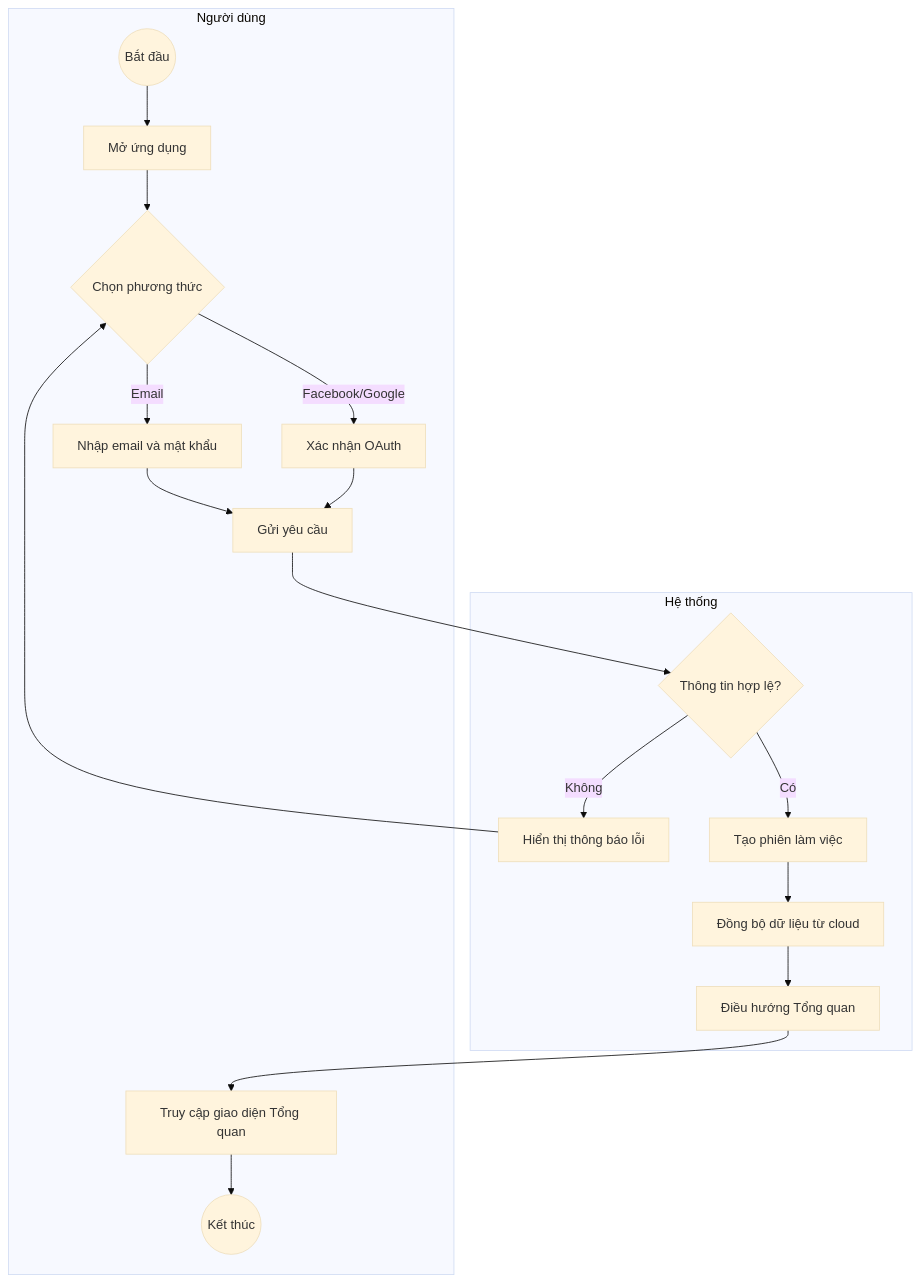
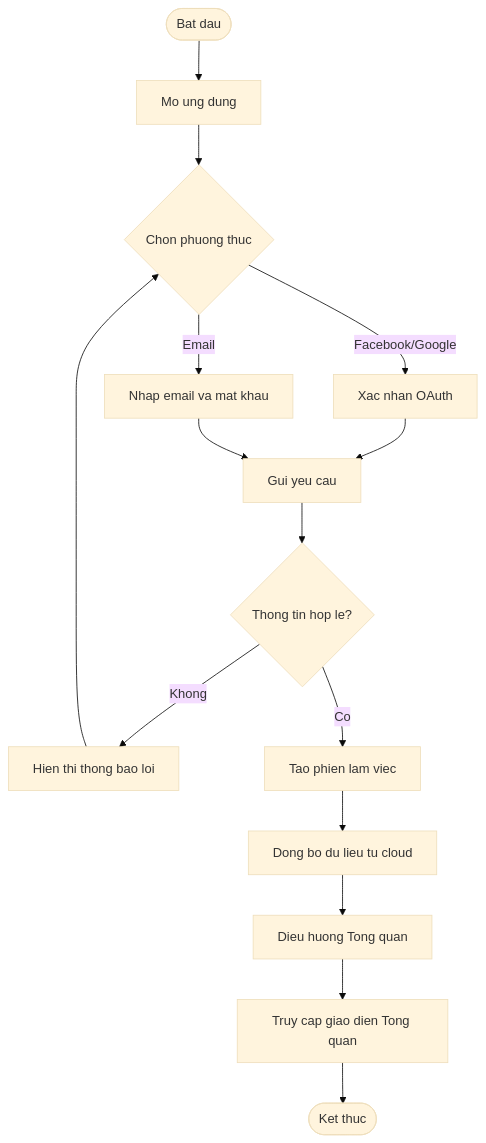
The second of 10 diagrams in Nghiên cứu MISA MoneyKeeper.md (Hieu-vn/Graduation-Thesis), drawn with Mermaid (base theme) before and after one commit. The commit also changed other lines of this file, not shown here.

First line of the commit message:
fix: Fix all 10 mermaid diagrams QT01-QT10 for GitHub rendering

````diff
--- a/Nghiên cứu MISA MoneyKeeper.md
+++ b/Nghiên cứu MISA MoneyKeeper.md
@@ -70,21 +66,16 @@
 ```mermaid
 flowchart TD
-    subgraph "Người dùng"
-        A((Bắt đầu)) --> B[Mở ứng dụng]
-        B --> C{Chọn phương thức}
-        C -->|Facebook/Google| D[Xác nhận OAuth]
-        C -->|Email| E[Nhập email và mật khẩu]
-        D --> F[Gửi yêu cầu]
-        E --> F
-        J[Truy cập giao diện Tổng quan] --> K((Kết thúc))
-    end
-    subgraph "Hệ thống"
-        F --> G{Thông tin hợp lệ?}
-        G -->|Không| H[Hiển thị thông báo lỗi]
-        H --> C
-        G -->|Có| I[Tạo phiên làm việc]
-        I --> I2[Đồng bộ dữ liệu từ cloud]
-        I2 --> I3[Điều hướng Tổng quan]
-    end
-    I3 --> J
+    A([Bat dau]) --> B[Mo ung dung]
+    B --> C{Chon phuong thuc}
+    C -->|Facebook/Google| D[Xac nhan OAuth]
+    C -->|Email| E[Nhap email va mat khau]
+    D --> F[Gui yeu cau]
+    E --> F
+    F --> G{Thong tin hop le?}
+    G -->|Khong| H[Hien thi thong bao loi] --> C
+    G -->|Co| I[Tao phien lam viec]
+    I --> I2[Dong bo du lieu tu cloud]
+    I2 --> I3[Dieu huong Tong quan]
+    I3 --> J[Truy cap giao dien Tong quan]
+    J --> K([Ket thuc])
 ```
````
